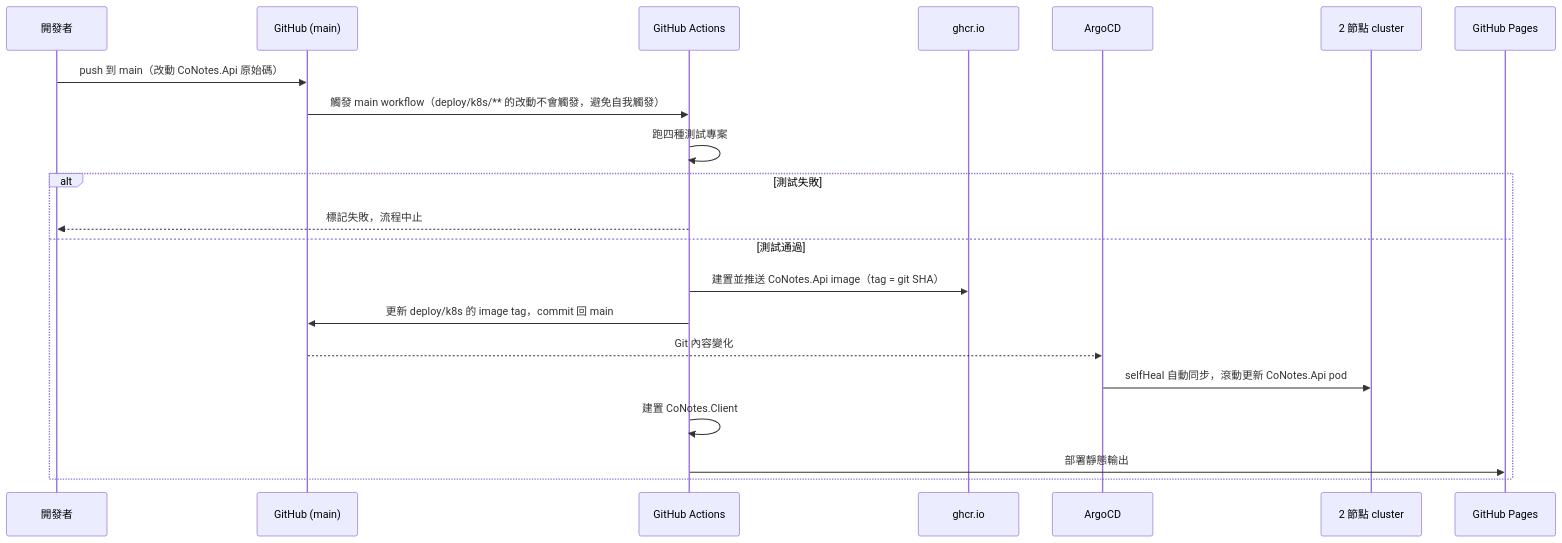
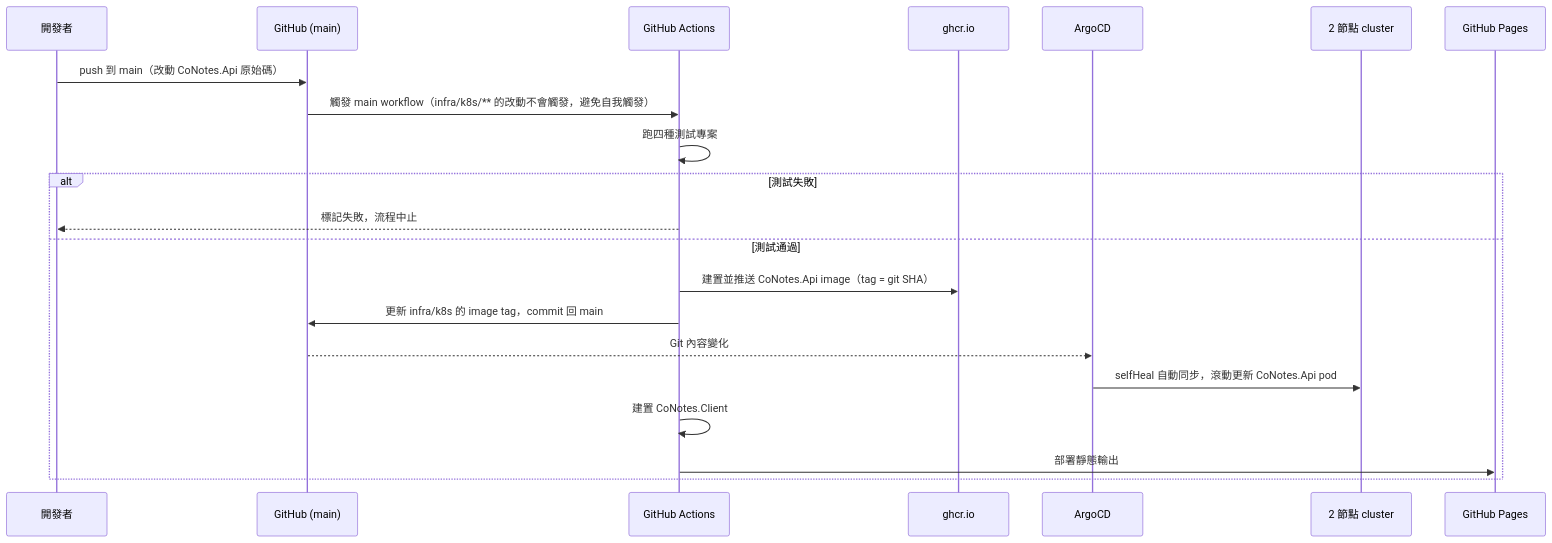
Before and after one commit to DavidChen617/collaboration-notes: the diagram in openspec/changes/cicd-deployment/design.md, drawn with Mermaid. The commit also changed other lines of this file and 26 other files, not shown here.

First line of the commit message:
refactor(deploy): rename deploy/ to infra/, fold docker/ into it

````diff
--- a/openspec/changes/cicd-deployment/design.md
+++ b/openspec/changes/cicd-deployment/design.md
@@ -20,24 +20,24 @@
 ```mermaid
 sequenceDiagram
     participant Dev as 開發者
     participant GH as GitHub (main)
     participant CI as GitHub Actions
     participant Registry as ghcr.io
     participant ArgoCD
     participant K8s as 2 節點 cluster
     participant Pages as GitHub Pages
 
     Dev->>GH: push 到 main（改動 CoNotes.Api 原始碼）
-    GH->>CI: 觸發 main workflow（deploy/k8s/** 的改動不會觸發，避免自我觸發）
+    GH->>CI: 觸發 main workflow（infra/k8s/** 的改動不會觸發，避免自我觸發）
     CI->>CI: 跑四種測試專案
     alt 測試失敗
         CI-->>Dev: 標記失敗，流程中止
     else 測試通過
         CI->>Registry: 建置並推送 CoNotes.Api image（tag = git SHA）
-        CI->>GH: 更新 deploy/k8s 的 image tag，commit 回 main
+        CI->>GH: 更新 infra/k8s 的 image tag，commit 回 main
         GH-->>ArgoCD: Git 內容變化
         ArgoCD->>K8s: selfHeal 自動同步，滾動更新 CoNotes.Api pod
         CI->>CI: 建置 CoNotes.Client
         CI->>Pages: 部署靜態輸出
     end
 ```
````
